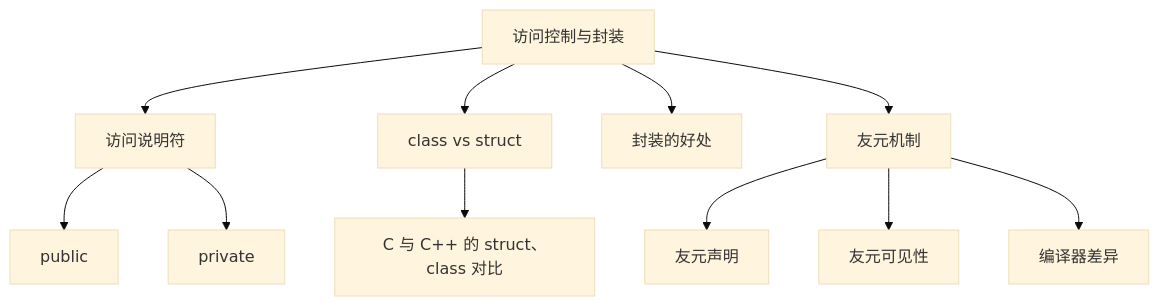
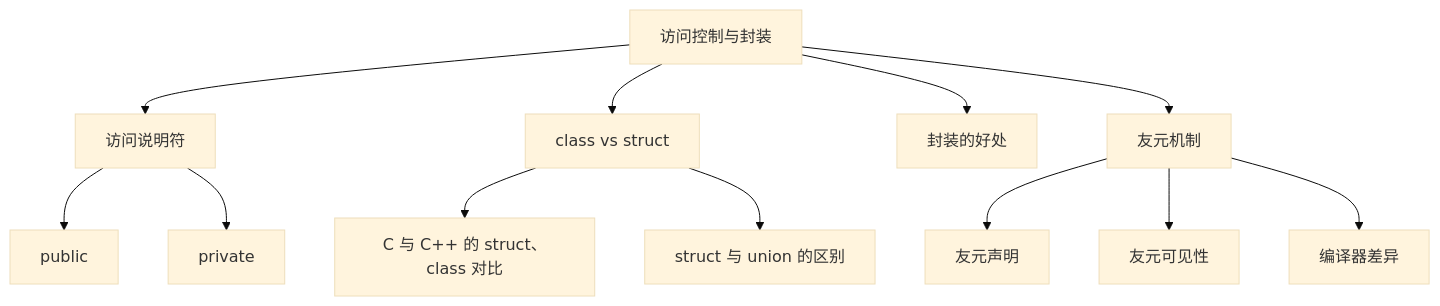
One commit to QinWenYan1/Modern_CPP changed the diagram in Chapter07_classes/note_7_2_access_control_and_encapsulation.md. Above: the diagram before and after it, drawn with Mermaid (base theme). The commit also changed other lines of this file and 2 other files, not shown here.

Commit message:
update ntoe for union and struct

````diff
--- a/Chapter07_classes/note_7_2_access_control_and_encapsulation.md
+++ b/Chapter07_classes/note_7_2_access_control_and_encapsulation.md
@@ -10,15 +10,16 @@
 ```mermaid
 graph TD
     A[访问控制与封装] --> B[访问说明符]
     A --> C[class vs struct]
     C --> C1[C 与 C++ 的 struct、class 对比]
+    C --> C2[struct 与 union 的区别]
     A --> D[封装的好处]
     A --> E[友元机制]
     
     B --> B1[public]
     B --> B2[private]
     
     E --> E1[友元声明]
     E --> E2[友元可见性]
     E --> E3[编译器差异]
 ```
````
